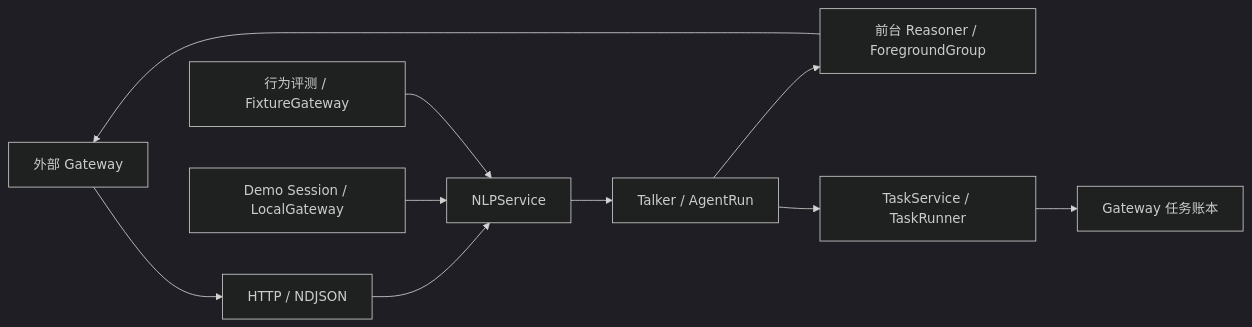
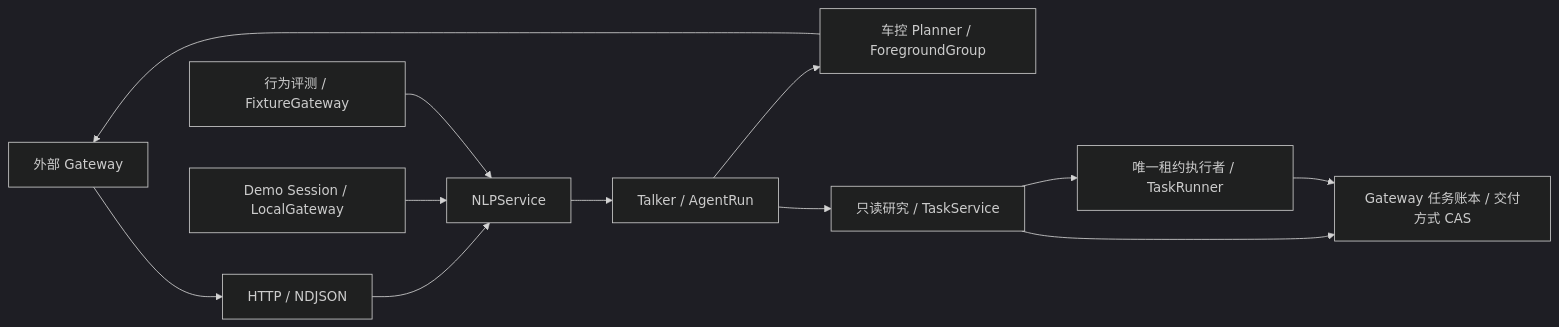
One commit to TianwenWei/super-xd changed the diagram in docs/NLP_HARNESS.md. Above: the diagram before and after it, drawn with Mermaid (dark theme). The commit also changed other lines of this file and 535 other files, not shown here.

````diff
--- a/docs/NLP_HARNESS.md
+++ b/docs/NLP_HARNESS.md
@@ -7,12 +7,14 @@
 ```mermaid
 flowchart LR
     G[外部 Gateway] --> H[HTTP / NDJSON]
     H --> N[NLPService]
     D[Demo Session / LocalGateway] --> N
     E[行为评测 / FixtureGateway] --> N
     N --> T[Talker / AgentRun]
-    T --> F[前台 Reasoner / ForegroundGroup]
-    T --> B[TaskService / TaskRunner]
+    T --> F[车控 Planner / ForegroundGroup]
+    T --> B[只读研究 / TaskService]
+    B --> W[唯一租约执行者 / TaskRunner]
     F --> G
-    B --> L[Gateway 任务账本]
+    B --> L[Gateway 任务账本 / 交付方式 CAS]
+    W --> L
 ```
````
